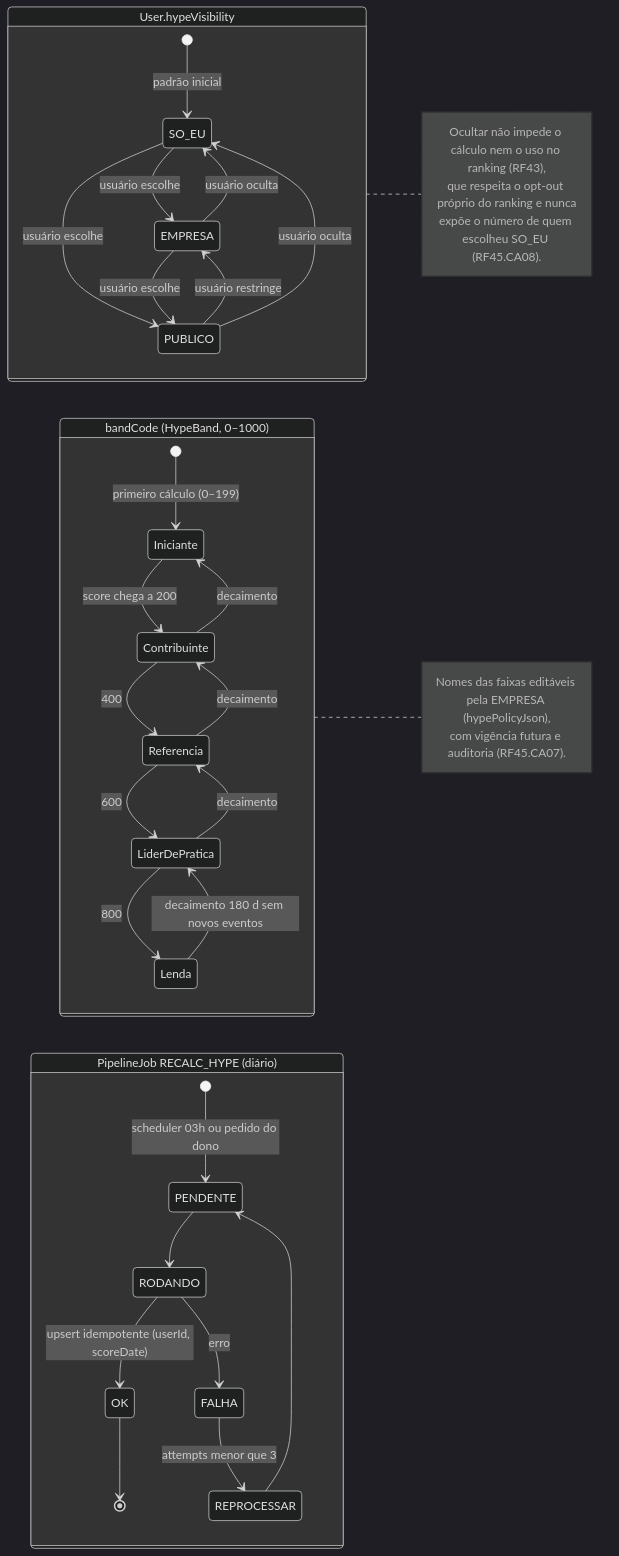
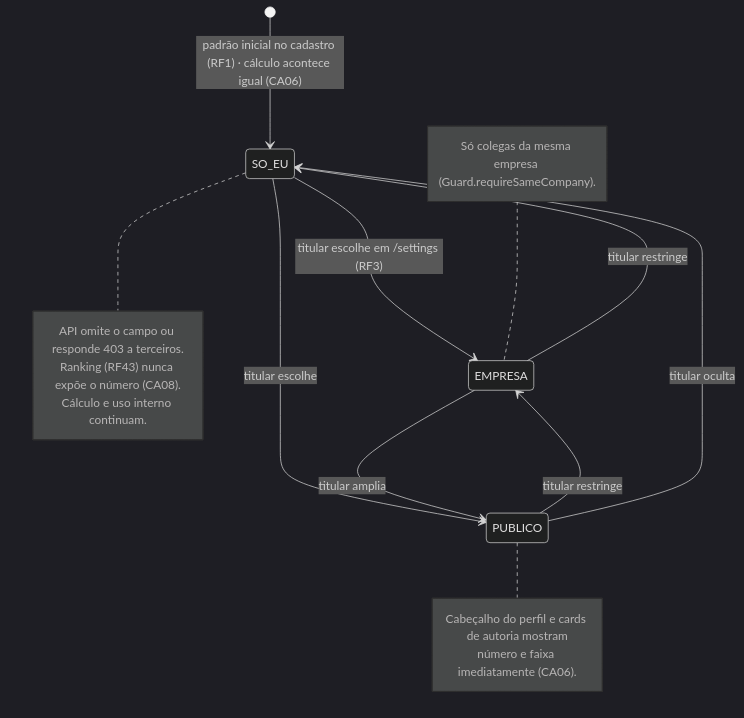
One commit to MatheusHaliski/Decia-app-2026 changed the fourth of 5 diagrams in docs/diagramas/RF45/README.md. Above: the diagram before and after it, drawn with Mermaid (dark theme). The commit also changed other lines of this file and 4 other files, not shown here.

First line of the commit message:
docs(diagramas): reescreve RF42–RF46 (DECIA Points, IA do sistema, Tarefa do Dia, Hype do Perfil, mensageria e atribuição)

````diff
--- a/docs/diagramas/RF45/README.md
+++ b/docs/diagramas/RF45/README.md
@@ -499,46 +404,22 @@
 ```mermaid
 stateDiagram-v2
-  direction LR
-
-  state "bandCode (HypeBand, 0–1000)" as Band {
-    [*] --> Iniciante : primeiro cálculo (0–199)
-    Iniciante --> Contribuinte : score chega a 200
-    Contribuinte --> Referencia : 400
-    Referencia --> LiderDePratica : 600
-    LiderDePratica --> Lenda : 800
-    Lenda --> LiderDePratica : decaimento 180 d sem novos eventos
-    LiderDePratica --> Referencia : decaimento
-    Referencia --> Contribuinte : decaimento
-    Contribuinte --> Iniciante : decaimento
-  }
-
-  state "User.hypeVisibility" as Vis {
-    [*] --> SO_EU : padrão inicial
-    SO_EU --> EMPRESA : usuário escolhe
-    SO_EU --> PUBLICO : usuário escolhe
-    EMPRESA --> PUBLICO : usuário escolhe
-    PUBLICO --> EMPRESA : usuário restringe
-    EMPRESA --> SO_EU : usuário oculta
-    PUBLICO --> SO_EU : usuário oculta
-  }
-
-  state "PipelineJob RECALC_HYPE (diário)" as Job {
-    [*] --> PENDENTE : scheduler 03h ou pedido do dono
-    PENDENTE --> RODANDO
-    RODANDO --> OK : upsert idempotente (userId, scoreDate)
-    RODANDO --> FALHA : erro
-    FALHA --> REPROCESSAR : attempts menor que 3
-    REPROCESSAR --> PENDENTE
-    OK --> [*]
-  }
-
-  note right of Vis
-    Ocultar não impede o cálculo nem o uso no ranking (RF43),
-    que respeita o opt-out próprio do ranking e nunca
-    expõe o número de quem escolheu SO_EU (RF45.CA08).
+  [*] --> SO_EU: padrão inicial no cadastro (RF1) · cálculo acontece igual (CA06)
+  SO_EU --> EMPRESA: titular escolhe em /settings (RF3)
+  SO_EU --> PUBLICO: titular escolhe
+  EMPRESA --> PUBLICO: titular amplia
+  EMPRESA --> SO_EU: titular restringe
+  PUBLICO --> EMPRESA: titular restringe
+  PUBLICO --> SO_EU: titular oculta
+  note right of SO_EU
+    API omite o campo ou responde 403 a terceiros.
+    Ranking (RF43) nunca expõe o número (CA08).
+    Cálculo e uso interno continuam.
   end note
-  note right of Band
-    Nomes das faixas editáveis pela EMPRESA (hypePolicyJson),
-    com vigência futura e auditoria (RF45.CA07).
+  note right of PUBLICO
+    Cabeçalho do perfil e cards de autoria mostram
+    número e faixa imediatamente (CA06).
+  end note
+  note left of EMPRESA
+    Só colegas da mesma empresa (Guard.requireSameCompany).
   end note
 ```
````
